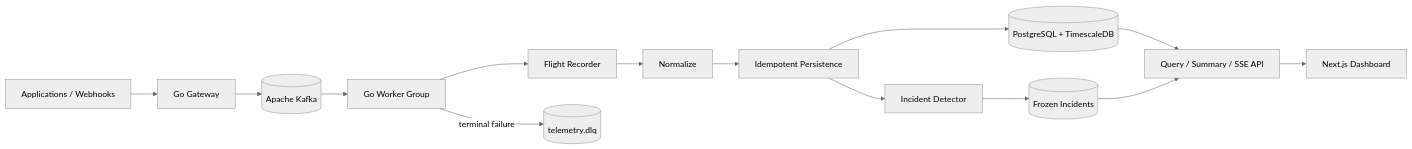
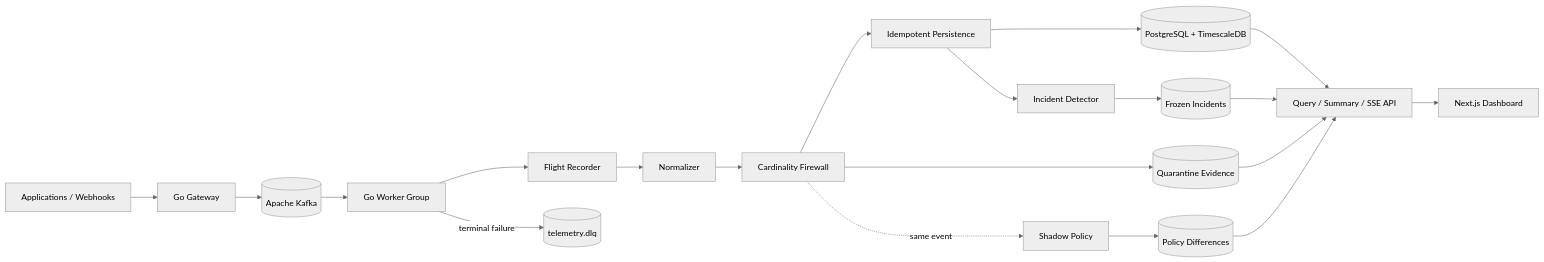
The diagram in README.md (fuhrdan/TelemetryForge), drawn with Mermaid (neutral theme) before and after one commit. The commit also changed other lines of this file and 82 other files, not shown here.

````diff
--- a/README.md
+++ b/README.md
@@ -47,19 +50,26 @@
 ```mermaid
 flowchart LR
     A[Applications / Webhooks] --> G[Go Gateway]
     G --> K[(Apache Kafka)]
     K --> W[Go Worker Group]
 
     W --> F[Flight Recorder]
-    F --> N[Normalize]
-    N --> P[Idempotent Persistence]
+    F --> N[Normalizer]
+    N --> CF[Cardinality Firewall]
+    CF --> P[Idempotent Persistence]
     P --> T[(PostgreSQL + TimescaleDB)]
     P --> D[Incident Detector]
-    D --> I[(Frozen Incidents)]
+
+    CF --> Q[(Quarantine Evidence)]
+    CF -. same event .-> SP[Shadow Policy]
+    SP --> PD[(Policy Differences)]
 
     W -->|terminal failure| DLQ[(telemetry.dlq)]
+    D --> I[(Frozen Incidents)]
 
     T --> API[Query / Summary / SSE API]
     I --> API
+    Q --> API
+    PD --> API
     API --> UI[Next.js Dashboard]
 ```
````
